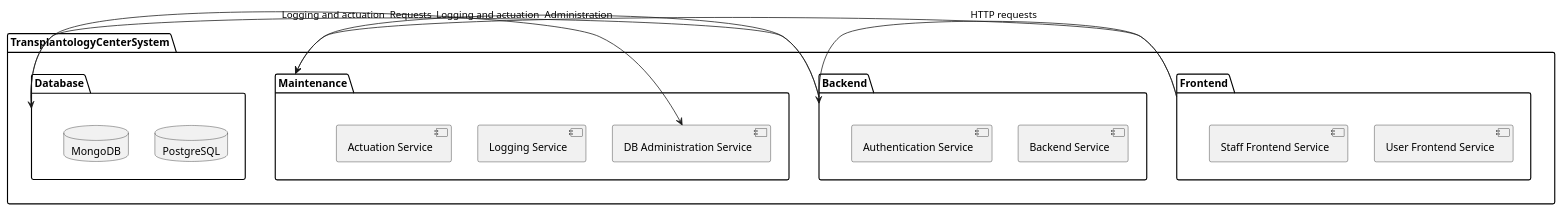
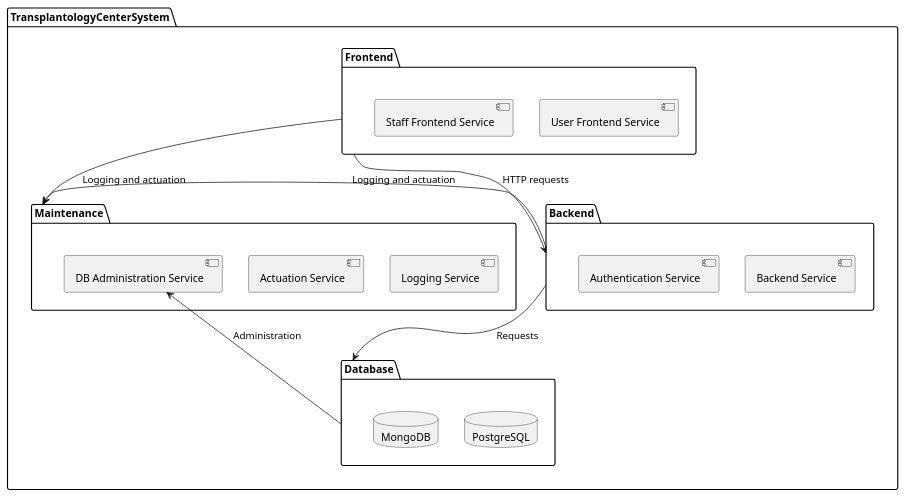
The diagram in pr9/arcitecture.puml (Martell805/PKSS), drawn with PlantUML before and after one commit.

```diff
--- a/pr9/arcitecture.puml
+++ b/pr9/arcitecture.puml
@@ -1,28 +1,29 @@
 @startuml
 package TransplantologyCenterSystem{
     package Frontend {
         component "User Frontend Service" as UserFrontendService
         component "Staff Frontend Service" as StaffFrontendService
     }
     package Backend {
         component "Backend Service" as BackendService
         component "Authentication Service" as AuthenticationService
     }
     package Maintenance {
         component "Logging Service" as LoggingService
         component "Actuation Service" as ActuationService
         component "DB Administration Service" as DBAdministrationService
     }
     package Database {
         database "PostgreSQL" as PostgreSQL
         database "MongoDB" as MongoDB
     }
 }
 
-Frontend -> Backend : HTTP requests
-Frontend -> Maintenance : Logging and actuation
-Backend -> Database : Requests
-Backend -> Maintenance : Logging and actuation
-Database -> DBAdministrationService : Administration
+
+Frontend -down-> Backend : HTTP requests
+Frontend -down-> Maintenance : Logging and actuation
+Backend -down-> Database : Requests
+Backend -left-> Maintenance : Logging and actuation
+Database -down-> DBAdministrationService : Administration
 
 @enduml
```
